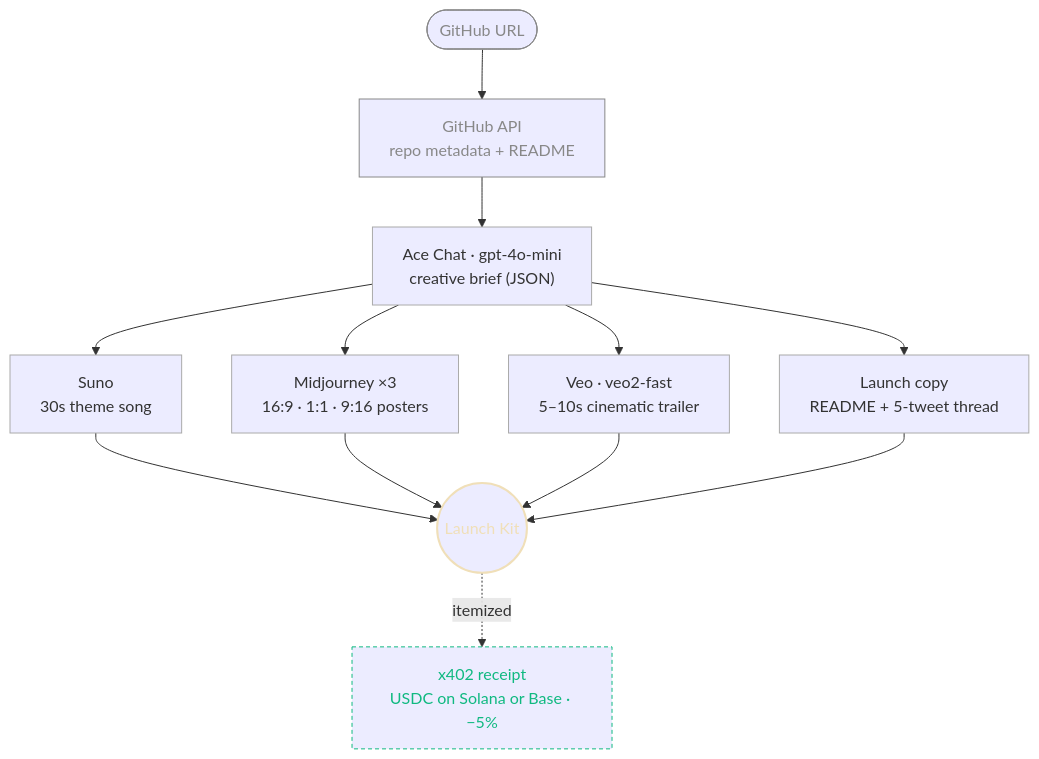
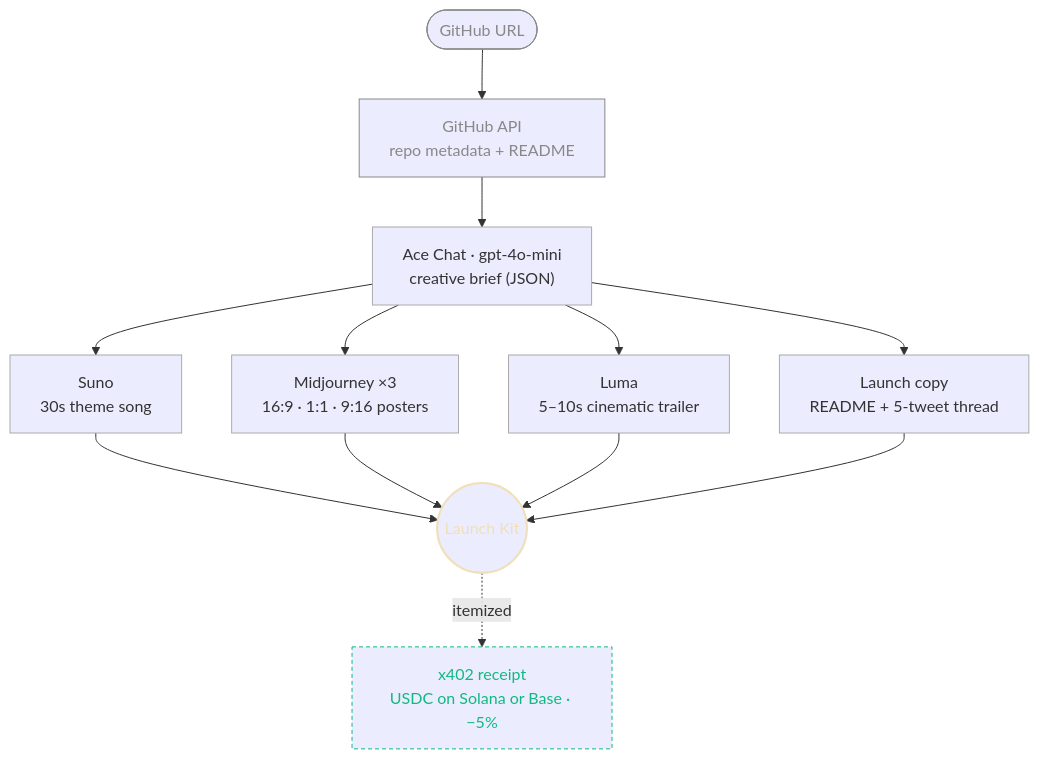
The diagram in README.md (Enoch208/Shipkit), drawn with Mermaid before and after one commit. The commit also changed other lines of this file and 2 other files, not shown here.

Commit message:
Update README and frontend files to replace all references of Veo with Luma for cinematic trailer generation, ensuring consistency across documentation and codebase.

````diff
--- a/README.md
+++ b/README.md
@@ -23,27 +23,27 @@
 ```mermaid
 flowchart TD
     U([GitHub URL]) --> G["GitHub API<br/>repo metadata + README"]
     G --> C["Ace Chat · gpt-4o-mini<br/>creative brief (JSON)"]
 
     C --> S["Suno<br/>30s theme song"]
     C --> M["Midjourney ×3<br/>16:9 · 1:1 · 9:16 posters"]
-    C --> V["Veo · veo2-fast<br/>5–10s cinematic trailer"]
+    C --> V["Luma<br/>5–10s cinematic trailer"]
     C --> T["Launch copy<br/>README + 5-tweet thread"]
 
     S --> K((Launch Kit))
     M --> K
     V --> K
     T --> K
 
     K -. itemized .-> X["x402 receipt<br/>USDC on Solana or Base · −5%"]
 
     classDef source stroke:#888,color:#888
     classDef ace stroke:#aaa
     classDef out stroke:#f0dfb8,color:#f0dfb8,stroke-width:2px
     classDef pay stroke:#10b981,color:#10b981,stroke-dasharray:4 3
 
     class U,G source
     class C,S,M,V,T ace
     class K out
     class X pay
 ```
````
